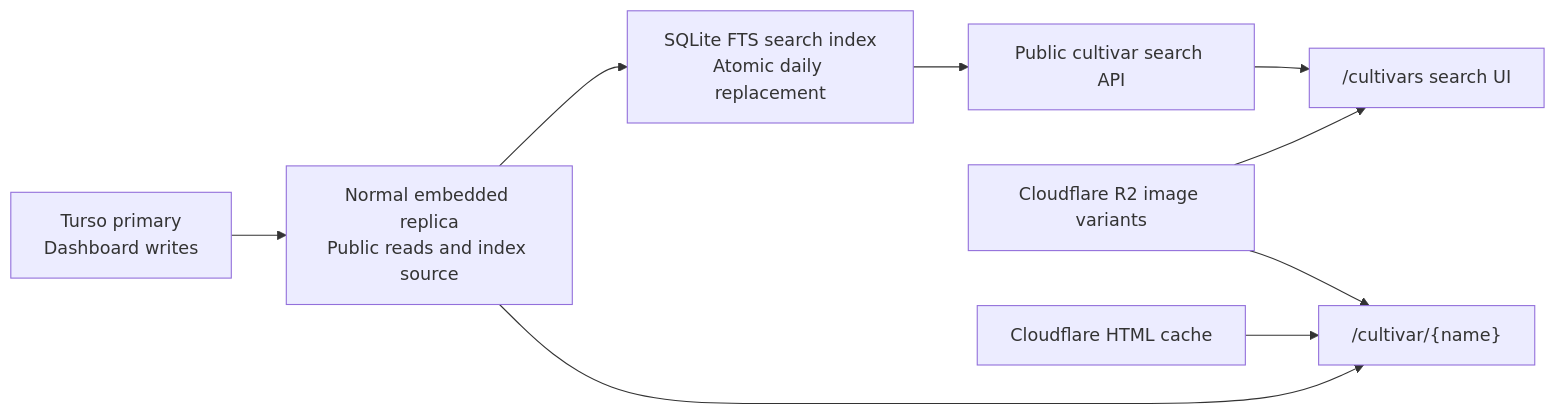
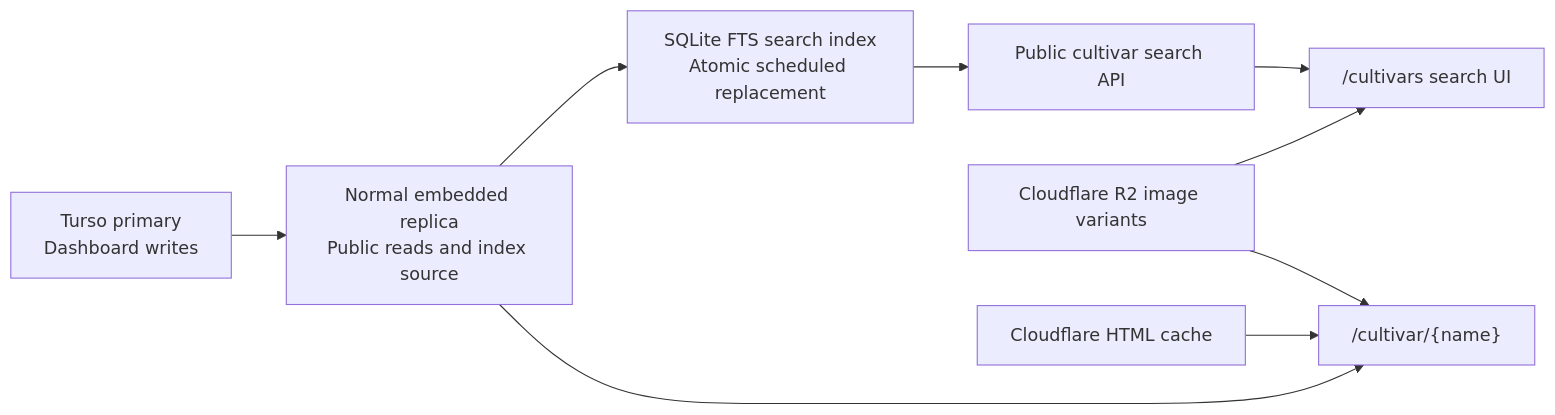
The diagram in apps/main/docs/public-cultivar-search-research.md (makoncline/new-daylily-catalog), drawn with Mermaid before and after one commit. The commit also changed other lines of this file and 4 other files, not shown here.

Commit message:
Rebuild public search index every 12 hours (#396)

````diff
--- a/apps/main/docs/public-cultivar-search-research.md
+++ b/apps/main/docs/public-cultivar-search-research.md
@@ -253,11 +253,11 @@
 ```mermaid
 flowchart LR
     P["Turso primary\nDashboard writes"] --> R["Normal embedded replica\nPublic reads and index source"]
-    R --> I["SQLite FTS search index\nAtomic daily replacement"]
+    R --> I["SQLite FTS search index\nAtomic scheduled replacement"]
     I --> A["Public cultivar search API"]
     A --> S["/cultivars search UI"]
     R --> C["/cultivar/{name}"]
     O["Cloudflare R2 image variants"] --> S
     O --> C
     E["Cloudflare HTML cache"] --> C
 ```
````
